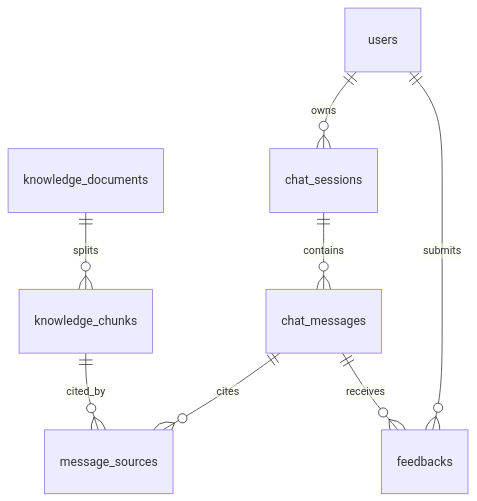
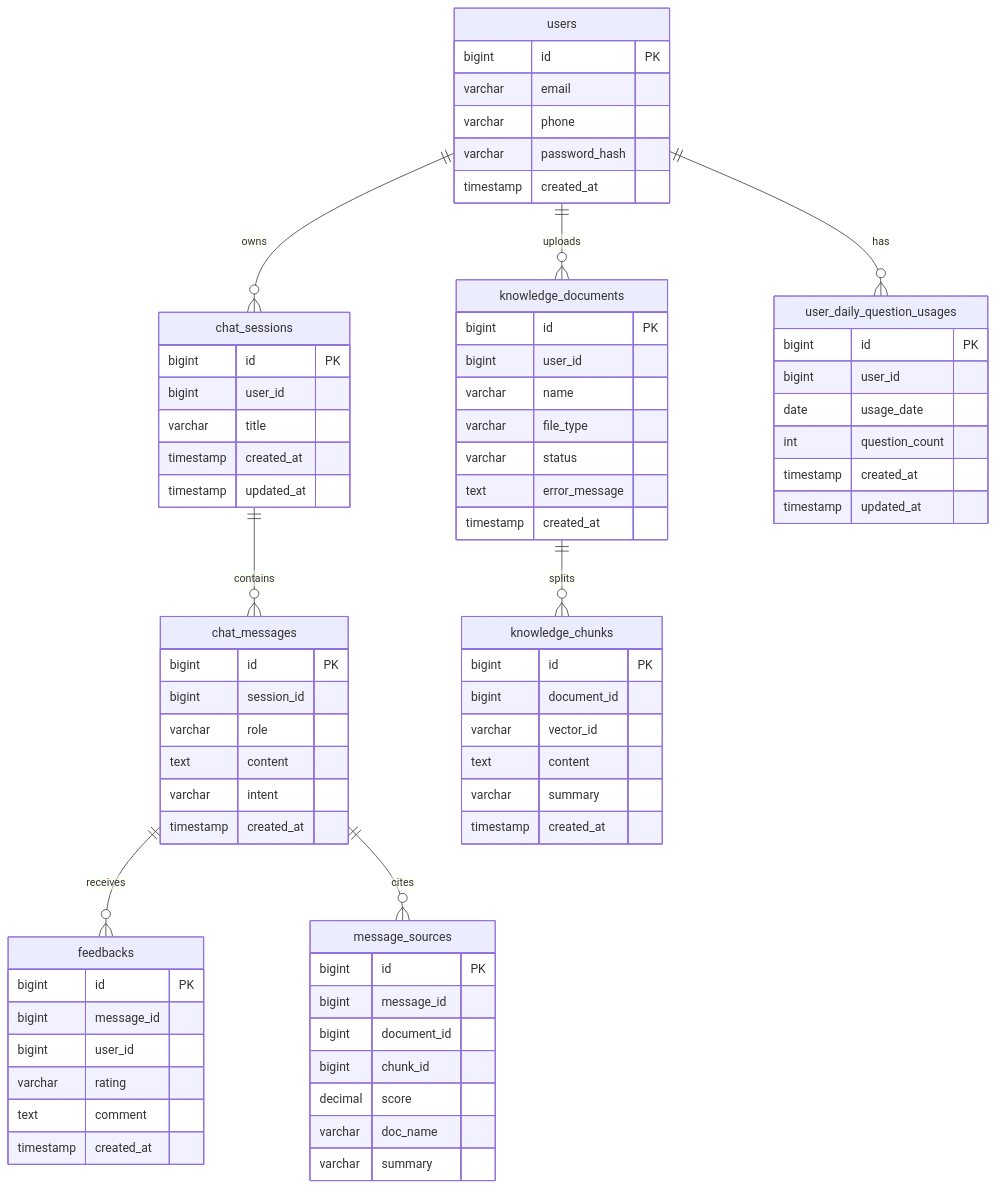
The diagram in docs/数据库设计.md (Itachi852/aegisdesk-ai), drawn with Mermaid before and after one commit. The commit also changed other lines of this file and 38 other files, not shown here.

````diff
--- a/docs/数据库设计.md
+++ b/docs/数据库设计.md
@@ -3,10 +7,82 @@
 ```mermaid
 erDiagram
-  users ||--o{ chat_sessions : owns
-  chat_sessions ||--o{ chat_messages : contains
-  chat_messages ||--o{ message_sources : cites
-  users ||--o{ feedbacks : submits
-  chat_messages ||--o{ feedbacks : receives
-  knowledge_documents ||--o{ knowledge_chunks : splits
-  knowledge_chunks ||--o{ message_sources : cited_by
+    users ||--o{ chat_sessions : owns
+    chat_sessions ||--o{ chat_messages : contains
+    chat_messages ||--o{ feedbacks : receives
+    chat_messages ||--o{ message_sources : cites
+    users ||--o{ knowledge_documents : uploads
+    knowledge_documents ||--o{ knowledge_chunks : splits
+    users ||--o{ user_daily_question_usages : has
+
+    users {
+      bigint id PK
+      varchar email
+      varchar phone
+      varchar password_hash
+      timestamp created_at
+    }
+
+    chat_sessions {
+      bigint id PK
+      bigint user_id
+      varchar title
+      timestamp created_at
+      timestamp updated_at
+    }
+
+    chat_messages {
+      bigint id PK
+      bigint session_id
+      varchar role
+      text content
+      varchar intent
+      timestamp created_at
+    }
+
+    knowledge_documents {
+      bigint id PK
+      bigint user_id
+      varchar name
+      varchar file_type
+      varchar status
+      text error_message
+      timestamp created_at
+    }
+
+    knowledge_chunks {
+      bigint id PK
+      bigint document_id
+      varchar vector_id
+      text content
+      varchar summary
+      timestamp created_at
+    }
+
+    message_sources {
+      bigint id PK
+      bigint message_id
+      bigint document_id
+      bigint chunk_id
+      decimal score
+      varchar doc_name
+      varchar summary
+    }
+
+    feedbacks {
+      bigint id PK
+      bigint message_id
+      bigint user_id
+      varchar rating
+      text comment
+      timestamp created_at
+    }
+
+    user_daily_question_usages {
+      bigint id PK
+      bigint user_id
+      date usage_date
+      int question_count
+      timestamp created_at
+      timestamp updated_at
+    }
 ```
````
